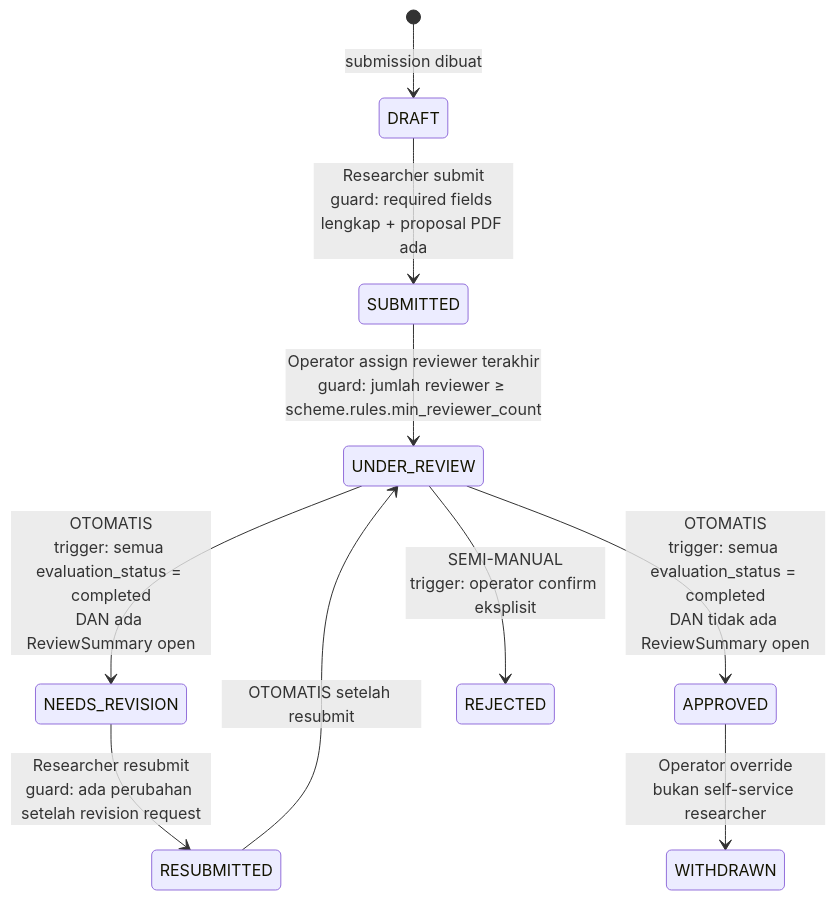
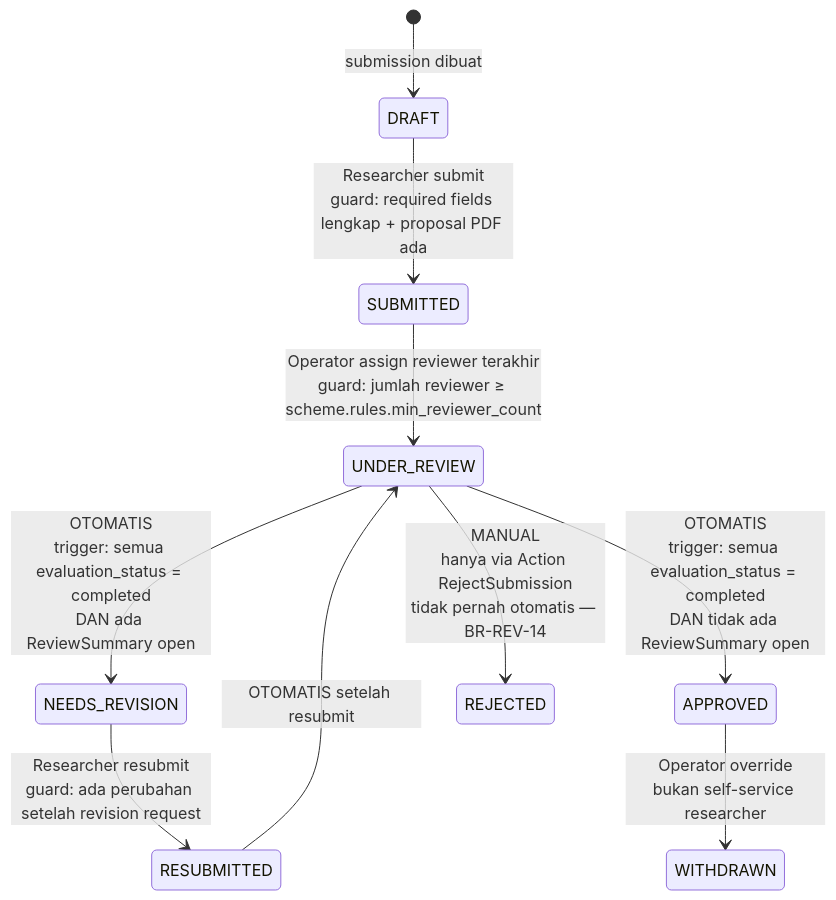
The fifth of 6 diagrams in docs/requirement-analysis/ddd/core/01_submission.md (nas11ai/sim-kerjasama-itk), drawn with Mermaid before and after one commit. The commit also changed other lines of this file and 5 other files, not shown here.

Commit message:
docs: bump DDD to v2.4 for schema and lifecycle decisions

````diff
--- a/docs/requirement-analysis/ddd/core/01_submission.md
+++ b/docs/requirement-analysis/ddd/core/01_submission.md
@@ -86,20 +111,20 @@
 ```mermaid
 stateDiagram-v2
     [*] --> DRAFT : submission dibuat
 
     DRAFT --> SUBMITTED : Researcher submit<br/>guard: required fields lengkap + proposal PDF ada
 
     SUBMITTED --> UNDER_REVIEW : Operator assign reviewer terakhir<br/>guard: jumlah reviewer ≥ scheme.rules.min_reviewer_count
 
     UNDER_REVIEW --> NEEDS_REVISION : OTOMATIS<br/>trigger: semua evaluation_status = completed<br/>DAN ada ReviewSummary open
 
     UNDER_REVIEW --> APPROVED : OTOMATIS<br/>trigger: semua evaluation_status = completed<br/>DAN tidak ada ReviewSummary open
 
-    UNDER_REVIEW --> REJECTED : SEMI-MANUAL<br/>trigger: operator confirm eksplisit
+    UNDER_REVIEW --> REJECTED : MANUAL<br/>hanya via Action RejectSubmission<br/>tidak pernah otomatis — BR-REV-14
 
     NEEDS_REVISION --> RESUBMITTED : Researcher resubmit<br/>guard: ada perubahan setelah revision request
 
     RESUBMITTED --> UNDER_REVIEW : OTOMATIS setelah resubmit
 
     APPROVED --> WITHDRAWN : Operator override<br/>bukan self-service researcher
 ```
````
